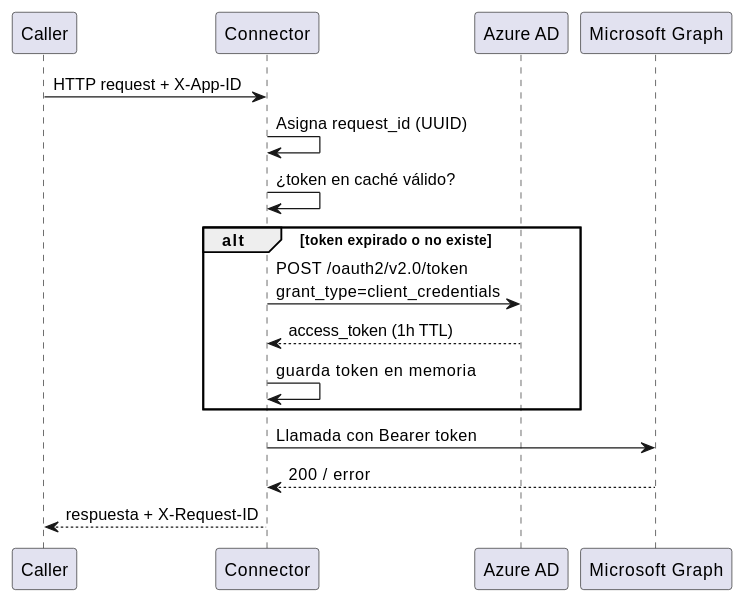
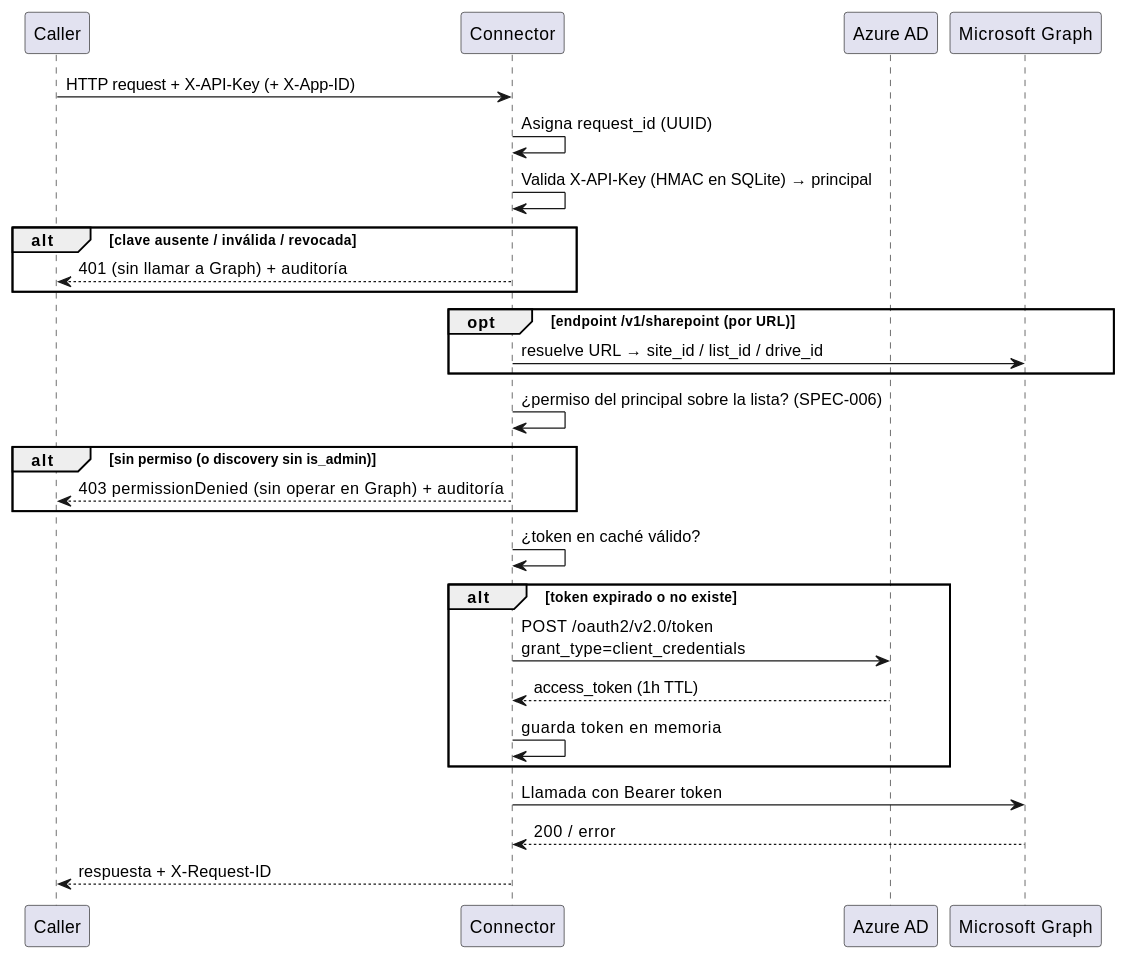
Before and after one commit to juclopezal/SharepointConnector: the fifth of 6 diagrams in arquitecturasUML.md, drawn with PlantUML. The commit also changed other lines of this file and 35 other files, not shown here.

````diff
--- a/arquitecturasUML.md
+++ b/arquitecturasUML.md
@@ -241,20 +255,31 @@
 ```plantuml
 @startuml autenticacion
 participant Caller
 participant Connector
 participant "Azure AD" as AAD
 participant "Microsoft Graph" as Graph
 
-Caller -> Connector : HTTP request + X-App-ID
+Caller -> Connector : HTTP request + X-API-Key (+ X-App-ID)
 Connector -> Connector : Asigna request_id (UUID)
+Connector -> Connector : Valida X-API-Key (HMAC en SQLite) → principal
+alt clave ausente / inválida / revocada
+    Connector --> Caller : 401 (sin llamar a Graph) + auditoría
+end
+opt endpoint /v1/sharepoint (por URL)
+    Connector -> Graph : resuelve URL → site_id / list_id / drive_id
+end
+Connector -> Connector : ¿permiso del principal sobre la lista? (SPEC-006)
+alt sin permiso (o discovery sin is_admin)
+    Connector --> Caller : 403 permissionDenied (sin operar en Graph) + auditoría
+end
 Connector -> Connector : ¿token en caché válido?
 alt token expirado o no existe
     Connector -> AAD : POST /oauth2/v2.0/token\ngrant_type=client_credentials
     AAD --> Connector : access_token (1h TTL)
     Connector -> Connector : guarda token en memoria
 end
 Connector -> Graph : Llamada con Bearer token
 Graph --> Connector : 200 / error
 Connector --> Caller : respuesta + X-Request-ID
 @enduml
 ```
````
